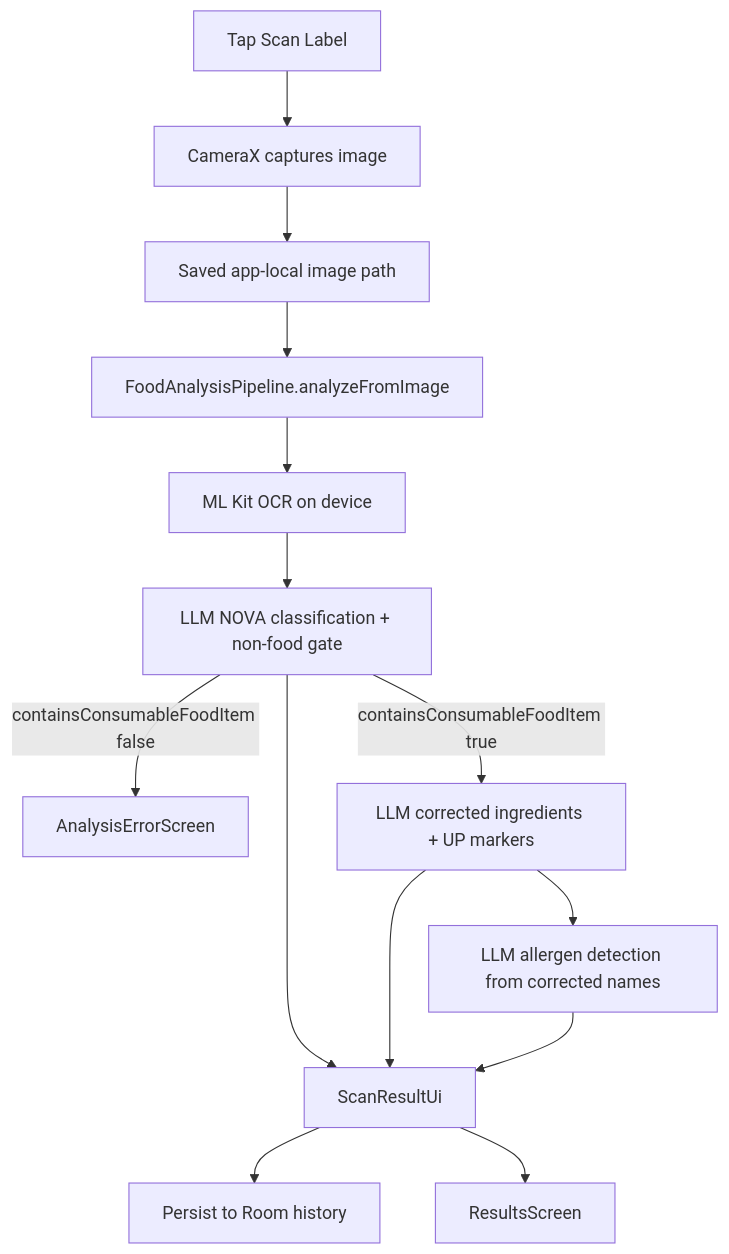
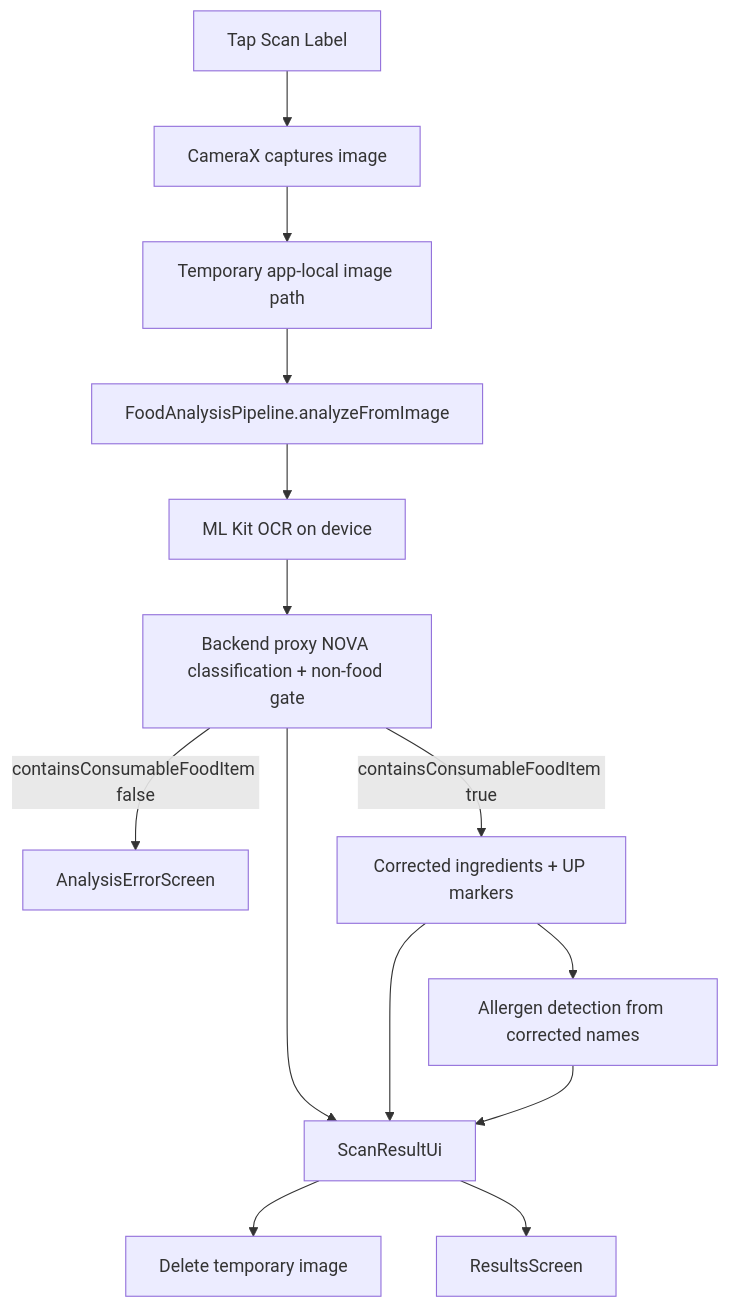
The fifth of 8 diagrams in documentation/00-android-app-guide.md (Bhagat-Atul/ultraprocessed), drawn with Mermaid before and after one commit. The commit also changed other lines of this file and 54 other files, not shown here.

````diff
--- a/documentation/00-android-app-guide.md
+++ b/documentation/00-android-app-guide.md
@@ -167,16 +162,16 @@
 ```mermaid
 flowchart TD
     Tap[Tap Scan Label] --> Capture[CameraX captures image]
-    Capture --> File[Saved app-local image path]
+    Capture --> File[Temporary app-local image path]
     File --> Analyze[FoodAnalysisPipeline.analyzeFromImage]
     Analyze --> OCR[ML Kit OCR on device]
-    OCR --> Nova[LLM NOVA classification + non-food gate]
+    OCR --> Nova[Backend proxy NOVA classification + non-food gate]
     Nova -->|containsConsumableFoodItem false| Error[AnalysisErrorScreen]
-    Nova -->|containsConsumableFoodItem true| Ingredients[LLM corrected ingredients + UP markers]
-    Ingredients --> Allergens[LLM allergen detection from corrected names]
+    Nova -->|containsConsumableFoodItem true| Ingredients[Corrected ingredients + UP markers]
+    Ingredients --> Allergens[Allergen detection from corrected names]
     Nova --> Result[ScanResultUi]
     Ingredients --> Result
     Allergens --> Result
-    Result --> Room[Persist to Room history]
+    Result --> Cleanup[Delete temporary image]
     Result --> UI[ResultsScreen]
 ```
````
